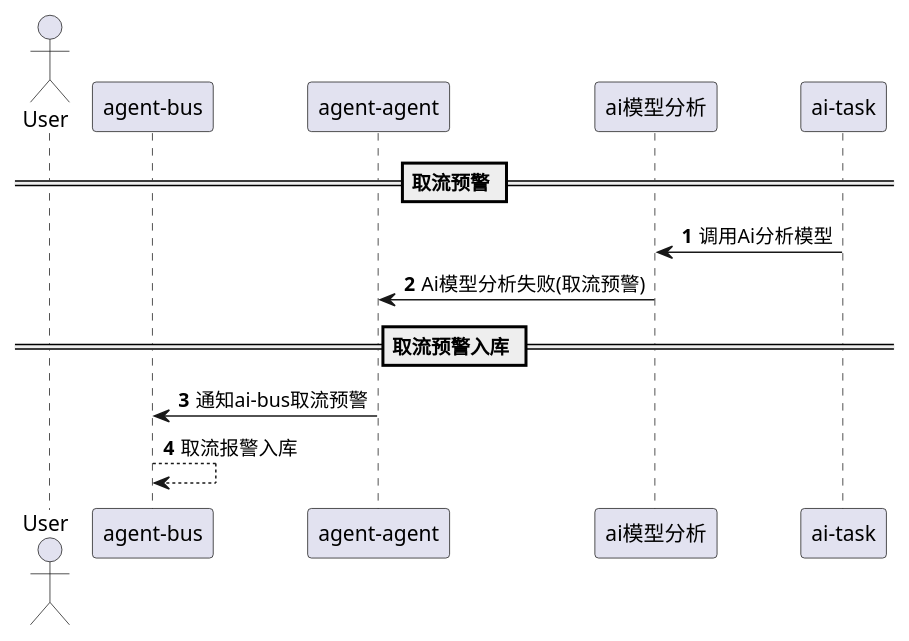
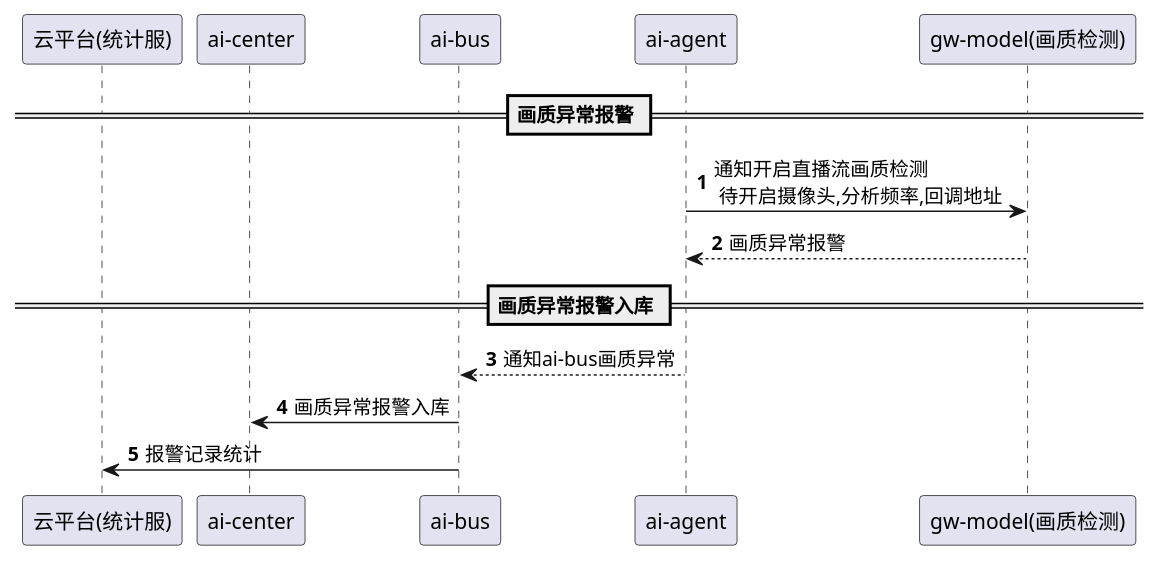
Before and after one commit to zjzjzjzj1874/demo: the diagram in 预警/画质异常报警.puml, drawn with PlantUML. The commit also changed 15 other files, not shown here.

Commit message:
feat:plain uml:how to draw a uml

```diff
--- a/预警/画质异常报警.puml
+++ b/预警/画质异常报警.puml
@@ -1,17 +1,17 @@
 @startuml
 autonumber
-== 取流预警 ==
-actor User as user
-participant "agent-bus" as bus
-participant "agent-agent" as agent
-participant "ai模型分析" as ai
-participant "ai-task" as task
+== 画质异常报警 ==
+participant "云平台(统计服)" as st
+participant "ai-center" as center
+participant "ai-bus" as bus
+participant "ai-agent" as agent
+participant "gw-model(画质检测)" as gw
 
-task -> ai : 调用Ai分析模型
-agent <- ai : Ai模型分析失败(取流预警)
+agent -> gw : 通知开启直播流画质检测\n 待开启摄像头,分析频率,回调地址
+agent <-- gw : 画质异常报警
 
-== 取流预警入库 ==
-agent -> bus : 通知ai-bus取流预警
-bus --> bus : 取流报警入库
-
+== 画质异常报警入库 ==
+agent --> bus : 通知ai-bus画质异常
+bus -> center : 画质异常报警入库
+bus -> st : 报警记录统计
 @enduml
```
